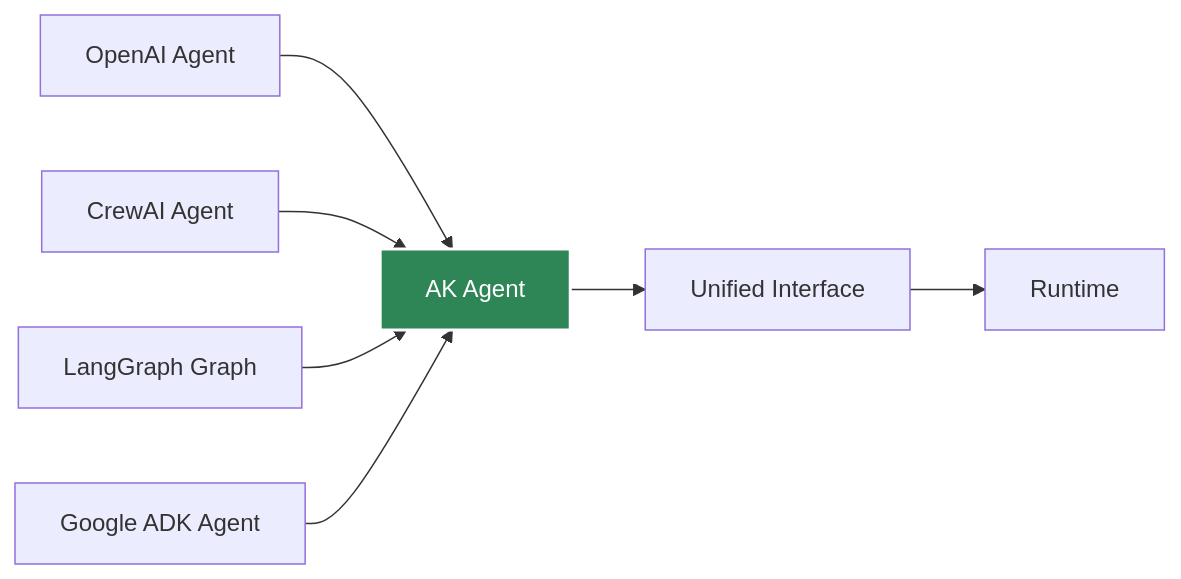
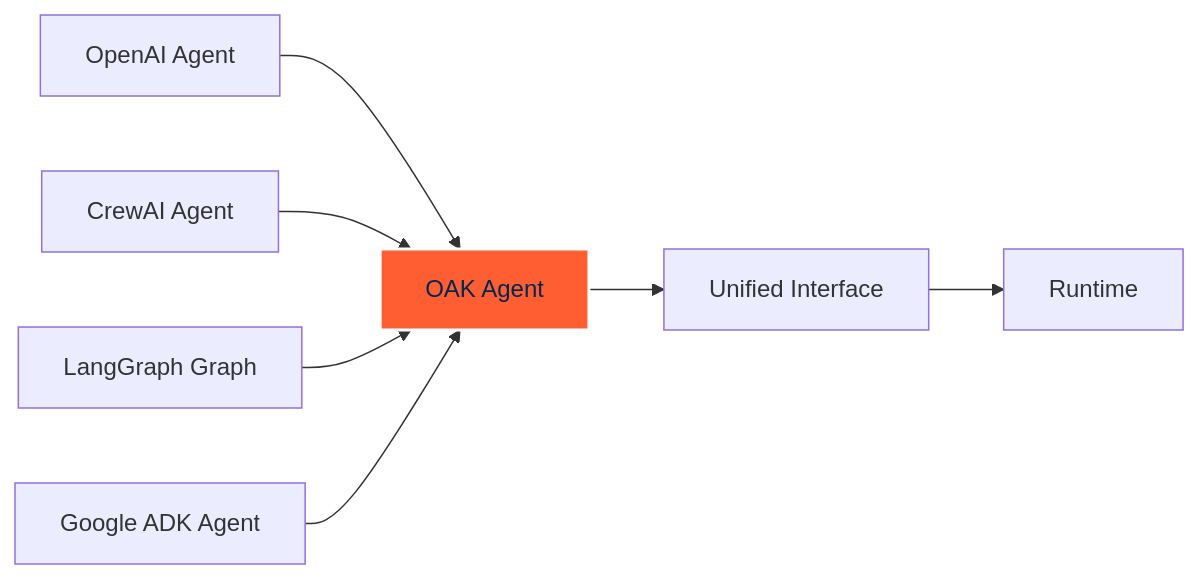
One commit to yaalalabs/agent-kernel changed the first of 3 diagrams in docs/docs/core-concepts/agent.md. Above: the diagram before and after it, drawn with Mermaid. The commit also changed other lines of this file and 444 other files, not shown here.

````diff
--- a/docs/docs/core-concepts/agent.md
+++ b/docs/docs/core-concepts/agent.md
@@ -11,12 +11,12 @@
 ```mermaid
 graph LR
-    A[OpenAI Agent] --> B[AK Agent]
+    A[OpenAI Agent] --> B[OAK Agent]
     C[CrewAI Agent] --> B
     D[LangGraph Graph] --> B
     E[Google ADK Agent] --> B
     
     B --> F[Unified Interface]
     F --> G[Runtime]
     
-    style B fill:#2e8555,stroke:#fff,stroke-width:2px,color:#fff
+    style B fill:#FF5E32,stroke:#fff,stroke-width:2px,color:#02284F
 ```
````
